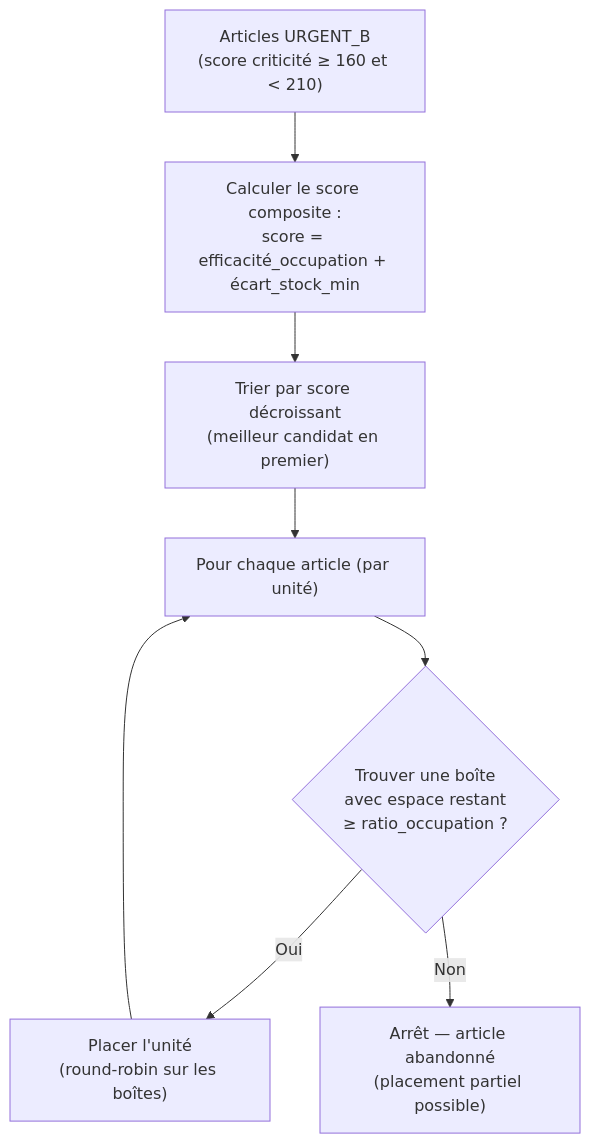
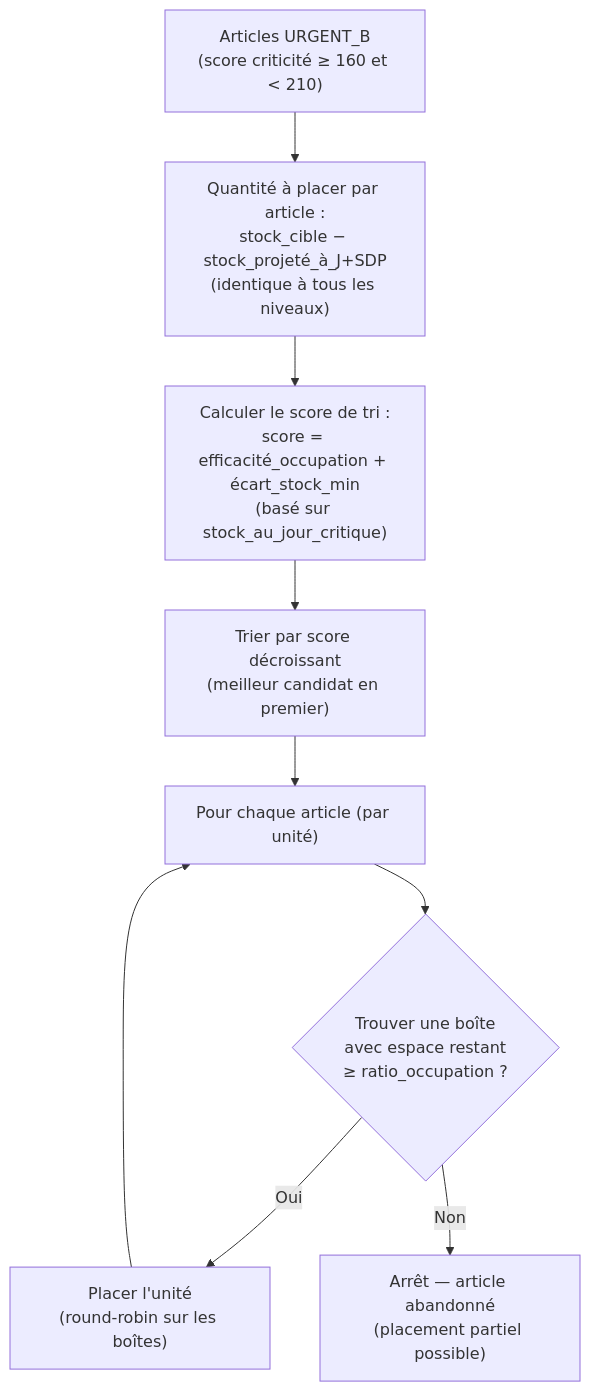
One commit to Singularity-Institute/PTL-r-appro- changed the tenth of 15 diagrams in DOCUMENTATION_FONCTIONNELLE op-rep.md. Above: the diagram before and after it, drawn with Mermaid. The commit also changed other lines of this file, not shown here.

````diff
--- a/DOCUMENTATION_FONCTIONNELLE op-rep.md
+++ b/DOCUMENTATION_FONCTIONNELLE op-rep.md
@@ -409,14 +429,16 @@
 ```mermaid
 flowchart TD
     START["Articles URGENT_B\n(score criticité ≥ 160 et < 210)"]
 
-    START --> SCORE["Calculer le score composite :\nscore = efficacité_occupation + écart_stock_min"]
+    START --> QTY["Quantité à placer par article :\nstock_cible − stock_projeté_à_J+SDP\n(identique à tous les niveaux)"]
+
+    QTY --> SCORE["Calculer le score de tri :\nscore = efficacité_occupation + écart_stock_min\n(basé sur stock_au_jour_critique)"]
 
     SCORE --> SORT["Trier par score décroissant\n(meilleur candidat en premier)"]
 
     SORT --> LOOP["Pour chaque article (par unité)"]
     LOOP --> FIND{"Trouver une boîte\navec espace restant\n≥ ratio_occupation ?"}
     FIND -->|"Oui"| PLACE["Placer l'unité\n(round-robin sur les boîtes)"]
     PLACE --> LOOP
     FIND -->|"Non"| STOP["Arrêt — article abandonné\n(placement partiel possible)"]
 ```
````
